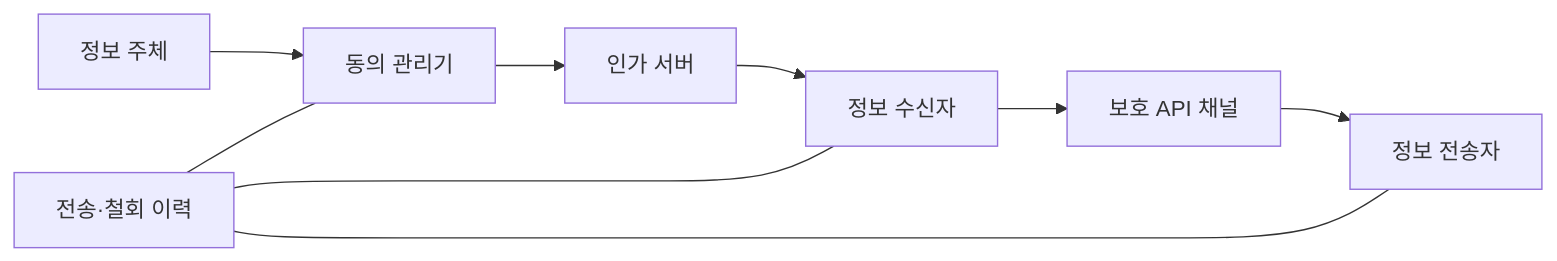
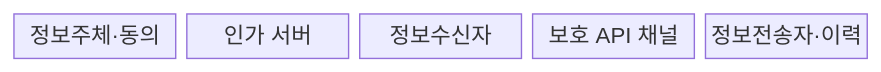
Before and after one commit to agnusdei1207/knowledge-base: the first of 2 diagrams in src/content/docs/notes/05-security/099_mydata_service_security.md, drawn with Mermaid. The commit also changed other lines of this file and 6 other files, not shown here.

````diff
--- a/src/content/docs/notes/05-security/099_mydata_service_security.md
+++ b/src/content/docs/notes/05-security/099_mydata_service_security.md
@@ -49,11 +53,9 @@
 ```mermaid
-flowchart LR
-  U["정보 주체"] --> C["동의 관리기"]
-  C --> A["인가 서버"]
-  A --> R["정보 수신자"]
-  R --> P["보호 API 채널"]
-  P --> S["정보 전송자"]
-  L["전송·철회 이력"] --- C
-  L --- R
-  L --- S
+block-beta
+  columns 5
+  A["정보주체·동의"]
+  B["인가 서버"]
+  C["정보수신자"]
+  D["보호 API 채널"]
+  E["정보전송자·이력"]
 ```
````
